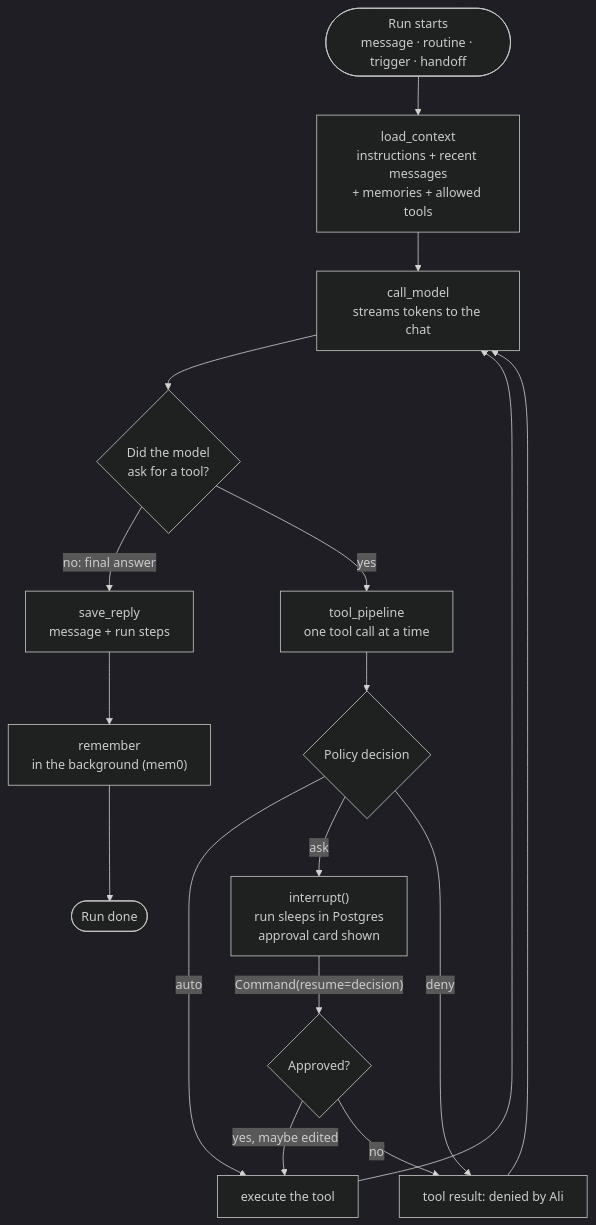
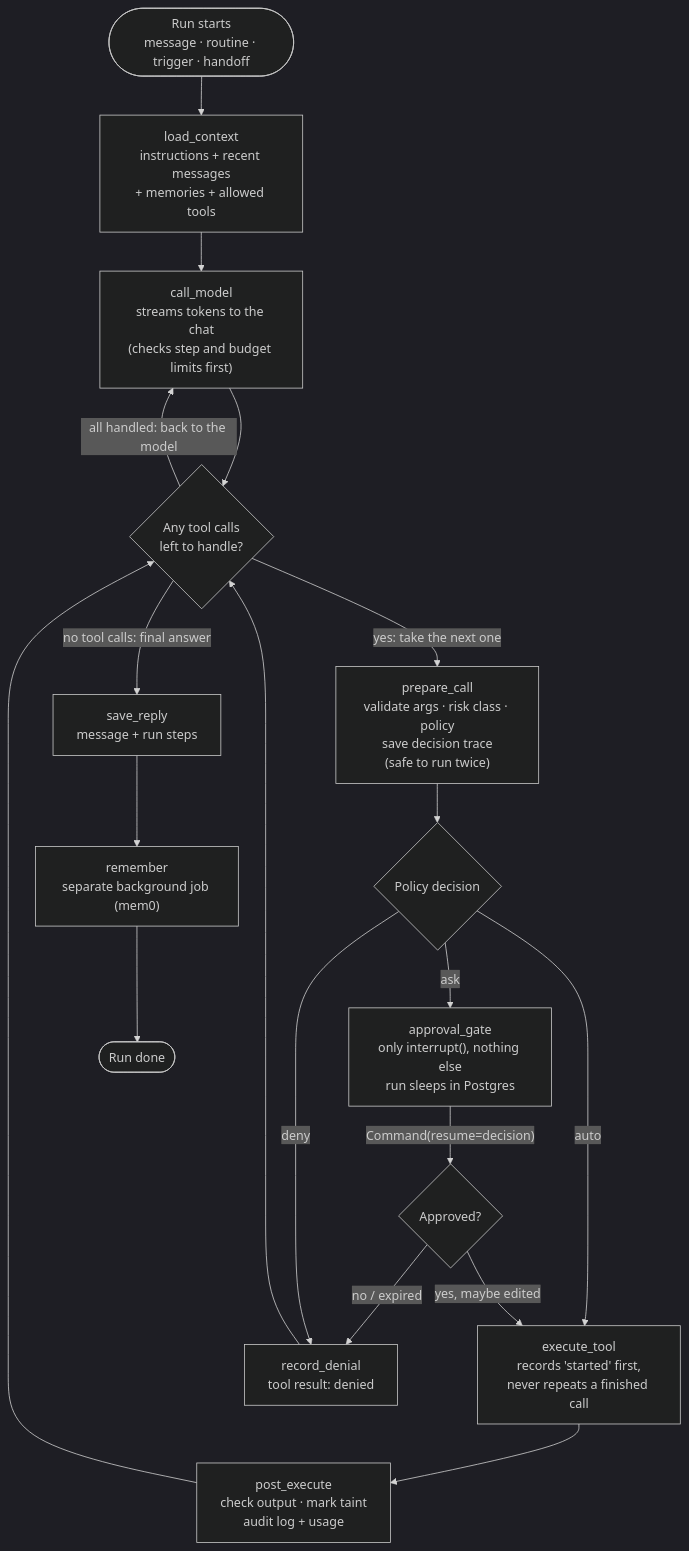
Before and after one commit to alihassan-coder/botdesk: the diagram in docs/architecture/diagrams/03-agent-run-graph.mmd, drawn with Mermaid (dark theme). The commit also changed 26 other files, not shown here.

Commit message:
docs: architecture review, scaling design and open-source repo structure

```diff
--- a/docs/architecture/diagrams/03-agent-run-graph.mmd
+++ b/docs/architecture/diagrams/03-agent-run-graph.mmd
@@ -1,16 +1,18 @@
 flowchart TD
   START(["Run starts<br/>message · routine · trigger · handoff"]) --> CTX["load_context<br/>instructions + recent messages<br/>+ memories + allowed tools"]
-  CTX --> MODEL["call_model<br/>streams tokens to the chat"]
-  MODEL --> ROUTE{"Did the model<br/>ask for a tool?"}
-  ROUTE -- "no: final answer" --> SAVE["save_reply<br/>message + run steps"]
-  ROUTE -- "yes" --> TOOLS["tool_pipeline<br/>one tool call at a time"]
-  TOOLS --> GATE{"Policy decision"}
-  GATE -- "auto" --> EXEC["execute the tool"]
-  GATE -- "ask" --> WAIT["interrupt()<br/>run sleeps in Postgres<br/>approval card shown"]
+  CTX --> MODEL["call_model<br/>streams tokens to the chat<br/>(checks step and budget limits first)"]
+  MODEL --> ROUTE{"Any tool calls<br/>left to handle?"}
+  ROUTE -- "no tool calls: final answer" --> SAVE["save_reply<br/>message + run steps"]
+  ROUTE -- "yes: take the next one" --> PREP["prepare_call<br/>validate args · risk class · policy<br/>save decision trace<br/>(safe to run twice)"]
+  PREP --> GATE{"Policy decision"}
+  GATE -- "auto" --> EXEC["execute_tool<br/>records 'started' first,<br/>never repeats a finished call"]
+  GATE -- "ask" --> WAIT["approval_gate<br/>only interrupt(), nothing else<br/>run sleeps in Postgres"]
   WAIT -- "Command(resume=decision)" --> DEC{"Approved?"}
   DEC -- "yes, maybe edited" --> EXEC
-  DEC -- "no" --> DENY["tool result: denied by Ali"]
+  DEC -- "no / expired" --> DENY["record_denial<br/>tool result: denied"]
   GATE -- "deny" --> DENY
-  EXEC --> MODEL
-  DENY --> MODEL
-  SAVE --> MEM["remember<br/>in the background (mem0)"] --> END(["Run done"])
+  EXEC --> POST["post_execute<br/>check output · mark taint<br/>audit log + usage"]
+  POST --> ROUTE
+  DENY --> ROUTE
+  ROUTE -- "all handled: back to the model" --> MODEL
+  SAVE --> MEM["remember<br/>separate background job (mem0)"] --> END(["Run done"])
```
